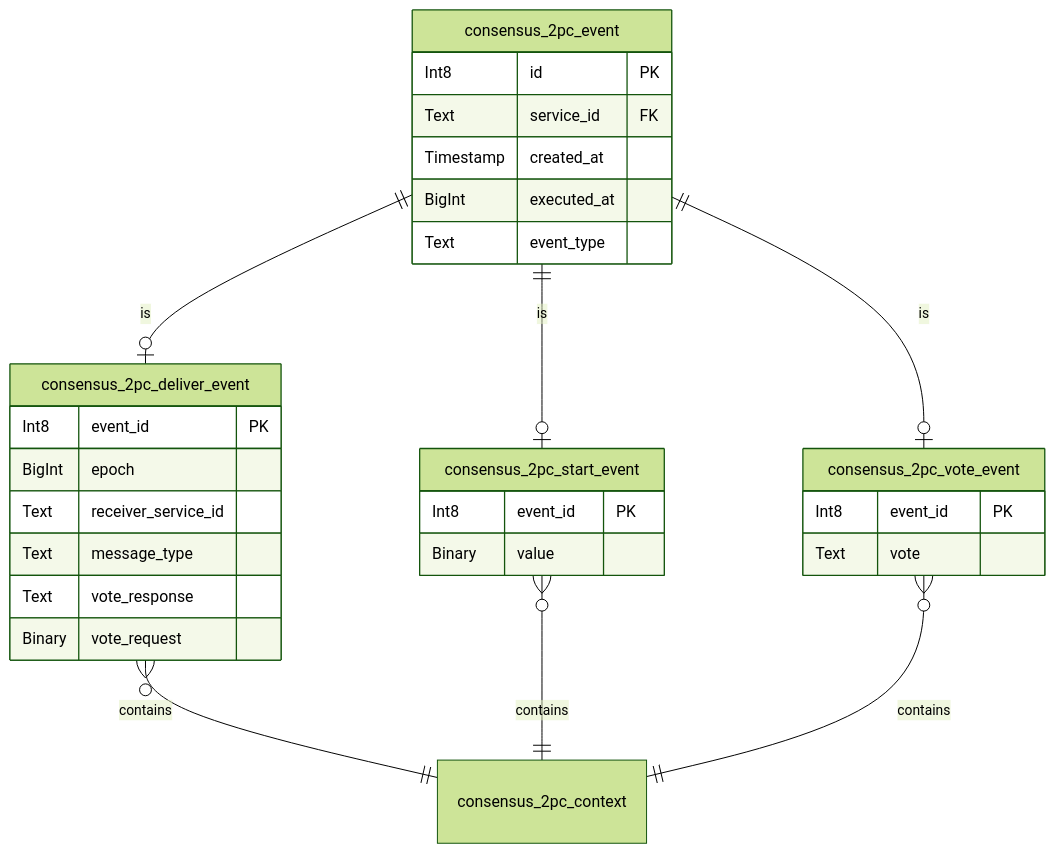
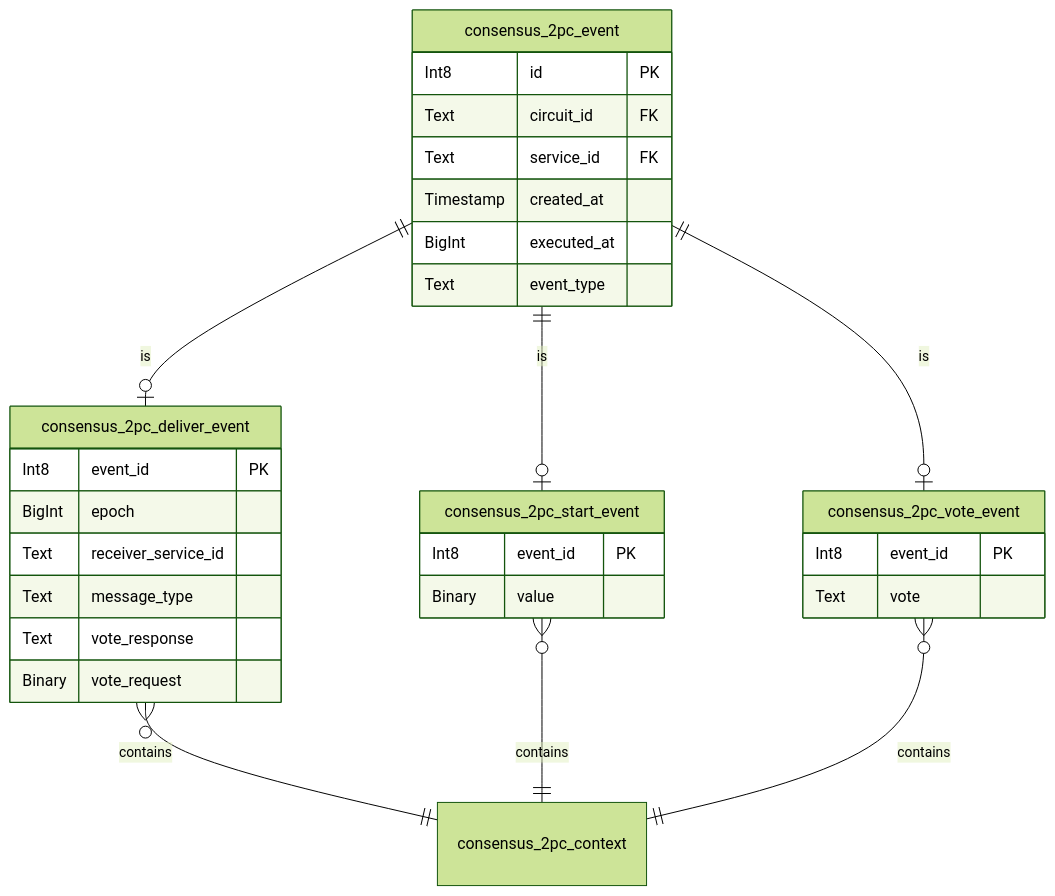
The fourth of 4 diagrams in community/planning/splinter_v0.7_database.md (Cargill/splinter-docs), drawn with Mermaid (forest theme) before and after one commit. The commit also changed other lines of this file, not shown here.

```diff
--- a/community/planning/splinter_v0.7_database.md
+++ b/community/planning/splinter_v0.7_database.md
@@ -265,38 +283,39 @@
 <div class="mermaid">
 erDiagram
     consensus_2pc_event {
          Int8 id PK
+         Text circuit_id FK
          Text service_id FK
          Timestamp created_at
          BigInt executed_at
          Text event_type
     }
 
     consensus_2pc_deliver_event {
         Int8 event_id PK
         BigInt epoch
         Text receiver_service_id
         Text message_type
         Text vote_response
         Binary vote_request
     }
 
     consensus_2pc_event ||--o| consensus_2pc_deliver_event: is
     consensus_2pc_deliver_event }o--|| consensus_2pc_context: contains
 
     consensus_2pc_start_event {
         Int8 event_id PK
         Binary value
     }
 
     consensus_2pc_event ||--o| consensus_2pc_start_event: is
     consensus_2pc_start_event }o--|| consensus_2pc_context: contains
 
     consensus_2pc_vote_event {
         Int8 event_id PK
         Text vote
     }
 
     consensus_2pc_event ||--o| consensus_2pc_vote_event: is
     consensus_2pc_vote_event }o--|| consensus_2pc_context: contains
 </div>
```
